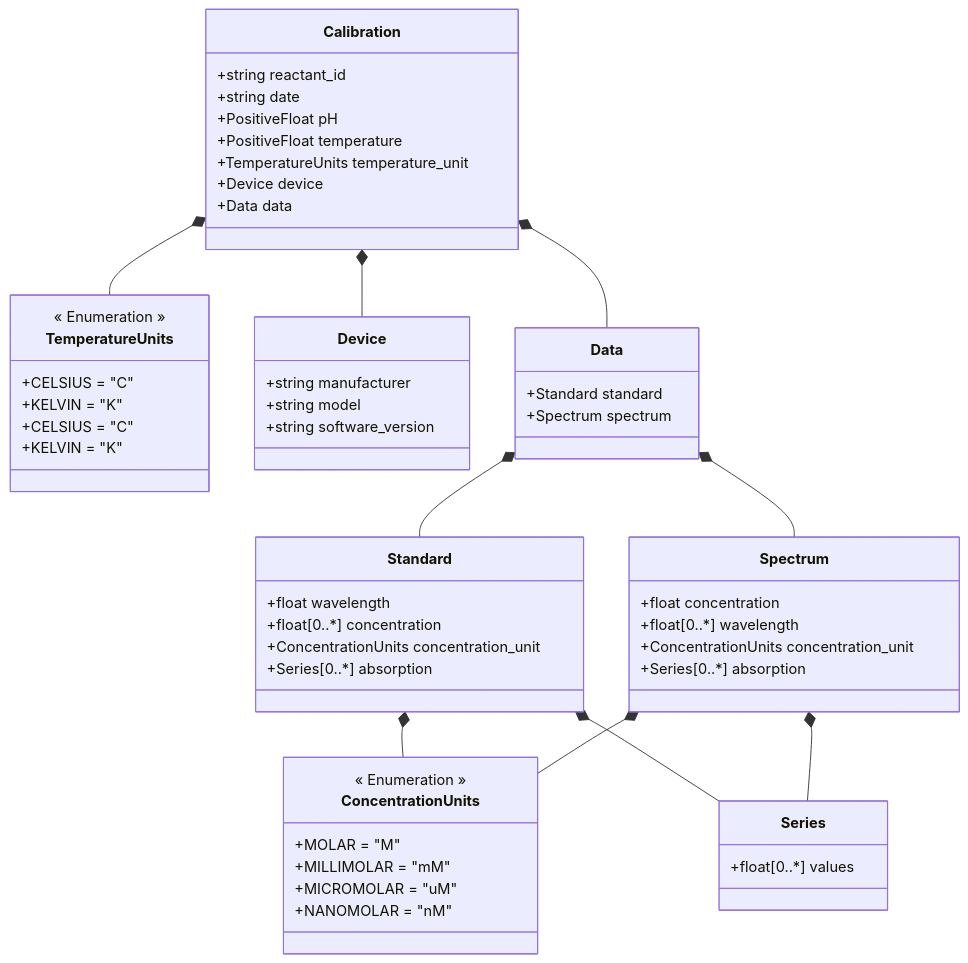
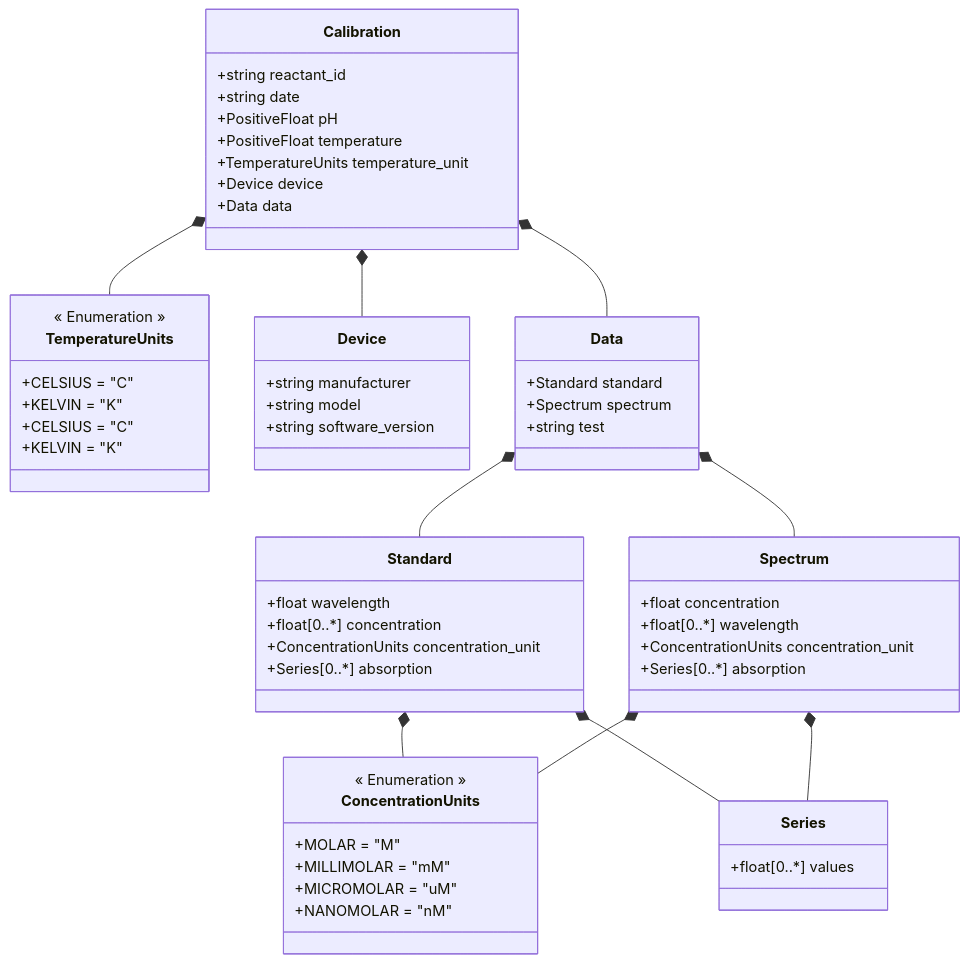
The diagram in Calibration/schemes/Calibration data-model.md (FAIRChemistry/datamodel_calibration), drawn with Mermaid before and after one commit. The commit also changed 2 other files, not shown here.

Commit message:
API update

````diff
--- a/Calibration/schemes/Calibration data-model.md
+++ b/Calibration/schemes/Calibration data-model.md
@@ -1,72 +1,73 @@
 ```mermaid
 classDiagram
     Calibration *-- TemperatureUnits
     Calibration *-- Device
     Calibration *-- Data
     Data *-- Standard
     Data *-- Spectrum
     Standard *-- ConcentrationUnits
     Standard *-- Series
     Spectrum *-- ConcentrationUnits
     Spectrum *-- Series
     
     class Calibration {
         +string reactant_id
         +string date
         +PositiveFloat pH
         +PositiveFloat temperature
         +TemperatureUnits temperature_unit
         +Device device
         +Data data
     }
     
     class Device {
         +string manufacturer
         +string model
         +string software_version
     }
     
     class Data {
         +Standard standard
         +Spectrum spectrum
+        +string test
     }
     
     class Standard {
         +float wavelength
         +float[0..*] concentration
         +ConcentrationUnits concentration_unit
         +Series[0..*] absorption
     }
     
     class Spectrum {
         +float concentration
         +float[0..*] wavelength
         +ConcentrationUnits concentration_unit
         +Series[0..*] absorption
     }
     
     class Series {
         +float[0..*] values
     }
     
     class TemperatureUnits {
         << Enumeration >>
         +CELSIUS = "C"
         +KELVIN = "K"
     }
     
     class TemperatureUnits {
         << Enumeration >>
         +CELSIUS = "C"
         +KELVIN = "K"
     }
     
     class ConcentrationUnits {
         << Enumeration >>
         +MOLAR = "M"
         +MILLIMOLAR = "mM"
         +MICROMOLAR = "uM"
         +NANOMOLAR = "nM"
     }
     
 ```
````
